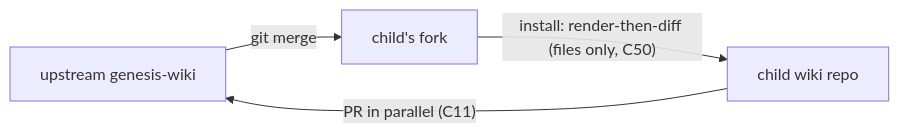
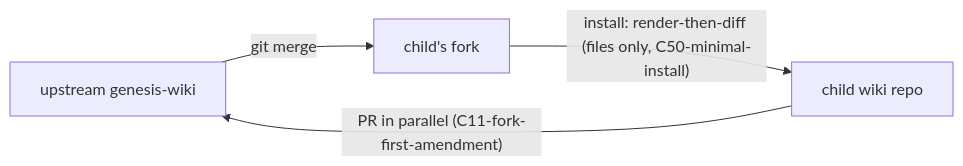
The diagram in domains/contract/genesis-contract/contract-v1.md (caoer/genesis-wiki), drawn with Mermaid before and after one commit. The commit also changed other lines of this file and 20 other files, not shown here.

````diff
--- a/domains/contract/genesis-contract/contract-v1.md
+++ b/domains/contract/genesis-contract/contract-v1.md
@@ -43,6 +43,6 @@
 ```mermaid
 flowchart LR
   U[upstream genesis-wiki] -- git merge --> F[child's fork]
-  F -- "install: render-then-diff (files only, C50)" --> W[child wiki repo]
-  W -- "PR in parallel (C11)" --> U
+  F -- "install: render-then-diff (files only, C50-minimal-install)" --> W[child wiki repo]
+  W -- "PR in parallel (C11-fork-first-amendment)" --> U
 ```
````
